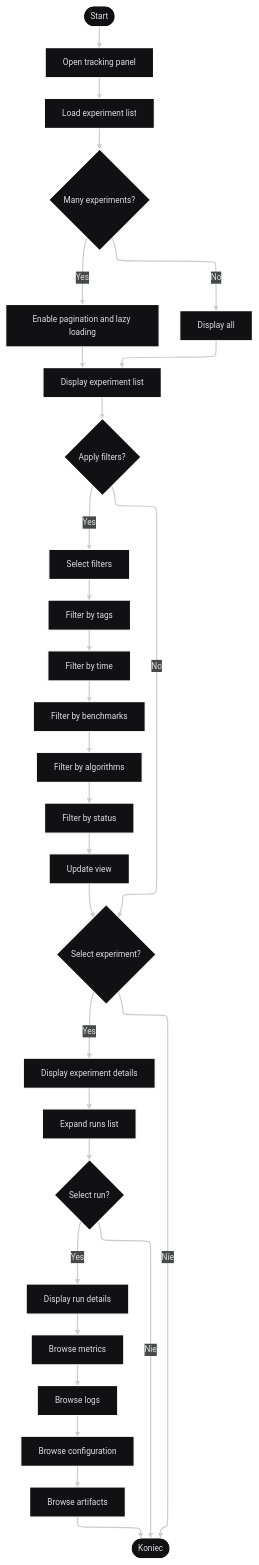
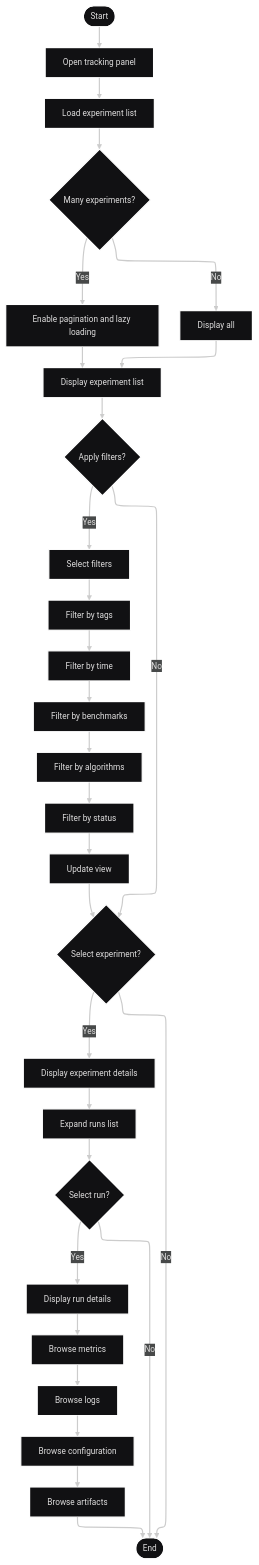
Diagram 12 of 33 in docs/requirements/use-cases.md (jedrzejpolaczek/aviarium.corvidae.corvus_corone), drawn with Mermaid before and after one commit. The commit also changed other lines of this file and 12 other files, not shown here.

````diff
--- a/docs/requirements/use-cases.md
+++ b/docs/requirements/use-cases.md
@@ -577,36 +577,36 @@
 ```mermaid
 ---
 config:
   layout: elk
   theme: redux-dark
 ---
 flowchart TB
     Start(["Start"]) --> OpenPanel["Open tracking panel"]
     OpenPanel --> LoadExperiments["Load experiment list"]
     LoadExperiments --> CheckCount{"Many experiments?"}
     CheckCount -- Yes --> EnablePagination["Enable pagination and lazy loading"]
     CheckCount -- No --> ShowAll["Display all"]
     EnablePagination --> ShowFiltered["Display experiment list"]
     ShowAll --> ShowFiltered
     ShowFiltered --> ApplyFilters{"Apply filters?"}
     ApplyFilters -- Yes --> SelectFilters["Select filters"]
     SelectFilters --> FilterByTags["Filter by tags"]
     FilterByTags --> FilterByTime["Filter by time"]
     FilterByTime --> FilterByBenchmark["Filter by benchmarks"]
     FilterByBenchmark --> FilterByAlgorithm["Filter by algorithms"]
     FilterByAlgorithm --> FilterByStatus["Filter by status"]
     FilterByStatus --> UpdateView["Update view"]
     ApplyFilters -- No --> SelectExperiment{"Select experiment?"}
     UpdateView --> SelectExperiment
     SelectExperiment -- Yes --> ShowDetails["Display experiment details"]
-    SelectExperiment -- Nie --> End(["Koniec"])
+    SelectExperiment -- No --> End(["End"])
     ShowDetails --> ExpandRuns["Expand runs list"]
     ExpandRuns --> SelectRun{"Select run?"}
     SelectRun -- Yes --> ShowRunDetails["Display run details"]
-    SelectRun -- Nie --> End
+    SelectRun -- No --> End
     ShowRunDetails --> ViewMetrics["Browse metrics"]
     ViewMetrics --> ViewLogs["Browse logs"]
     ViewLogs --> ViewConfig["Browse configuration"]
     ViewConfig --> ViewArtifacts["Browse artifacts"]
     ViewArtifacts --> End
 ```
````
